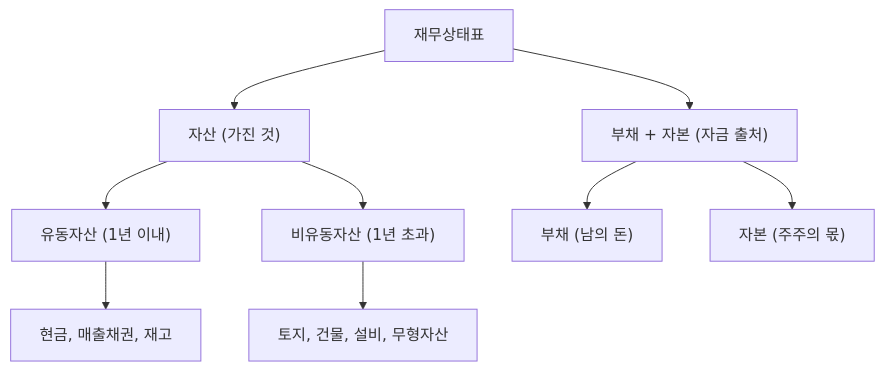
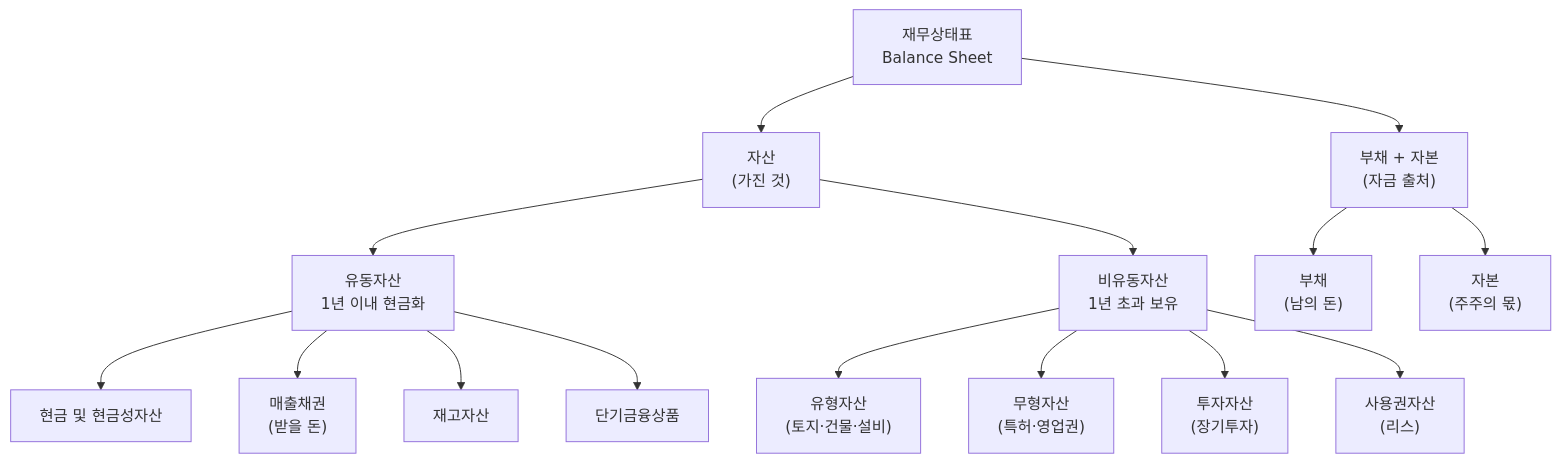
The diagram in content/stock-terms/ko/level-03-financial-statements/assets.md (yeongseon/stock-visual-note), drawn with Mermaid before and after one commit. The commit also changed other lines of this file, not shown here.

Commit message:
content: rewrite assets.md — richer Mermaid diagram (14 nodes), 4 misconceptions, deeper analysis with financial scenario

````diff
--- a/content/stock-terms/ko/level-03-financial-statements/assets.md
+++ b/content/stock-terms/ko/level-03-financial-statements/assets.md
@@ -53,12 +56,22 @@
 ```mermaid
 graph TD
-    A["재무상태표"]
-    A --> B["자산 (가진 것)"]
-    A --> C["부채 + 자본 (자금 출처)"]
-    B --> D["유동자산 (1년 이내)"]
-    B --> E["비유동자산 (1년 초과)"]
-    D --> F["현금, 매출채권, 재고"]
-    E --> G["토지, 건물, 설비, 무형자산"]
-    C --> H["부채 (남의 돈)"]
-    C --> I["자본 (주주의 몫)"]
+    A["재무상태표<br>Balance Sheet"]
+    A --> B["자산<br>(가진 것)"]
+    A --> C["부채 + 자본<br>(자금 출처)"]
+
+    B --> D["유동자산<br>1년 이내 현금화"]
+    B --> E["비유동자산<br>1년 초과 보유"]
+
+    D --> F["현금 및 현금성자산"]
+    D --> G["매출채권<br>(받을 돈)"]
+    D --> H["재고자산"]
+    D --> I["단기금융상품"]
+
+    E --> J["유형자산<br>(토지·건물·설비)"]
+    E --> K["무형자산<br>(특허·영업권)"]
+    E --> L["투자자산<br>(장기투자)"]
+    E --> M["사용권자산<br>(리스)"]
+
+    C --> N["부채<br>(남의 돈)"]
+    C --> O["자본<br>(주주의 몫)"]
 ```
````
